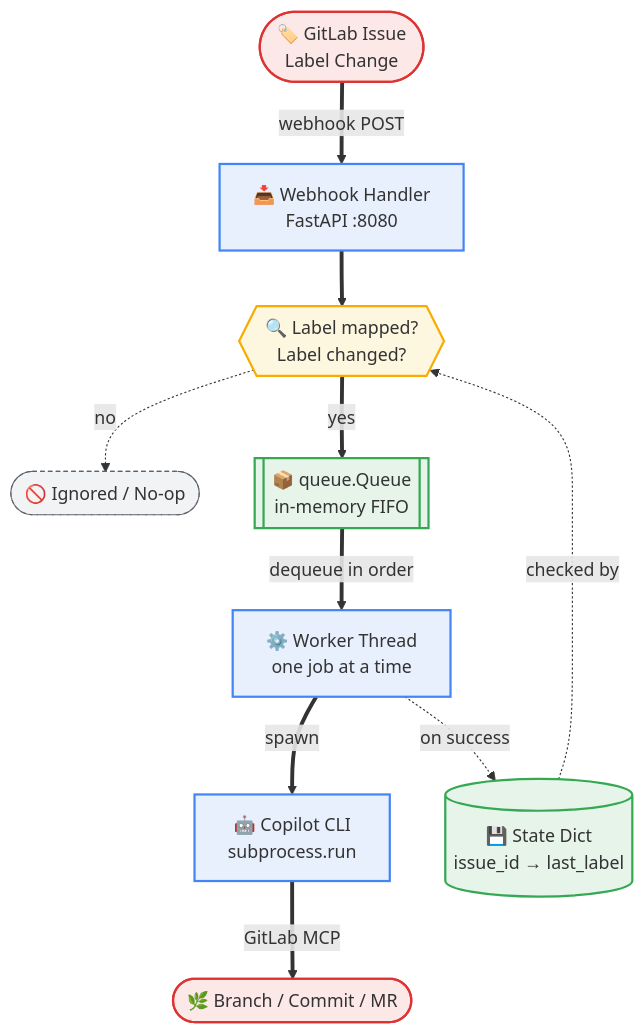
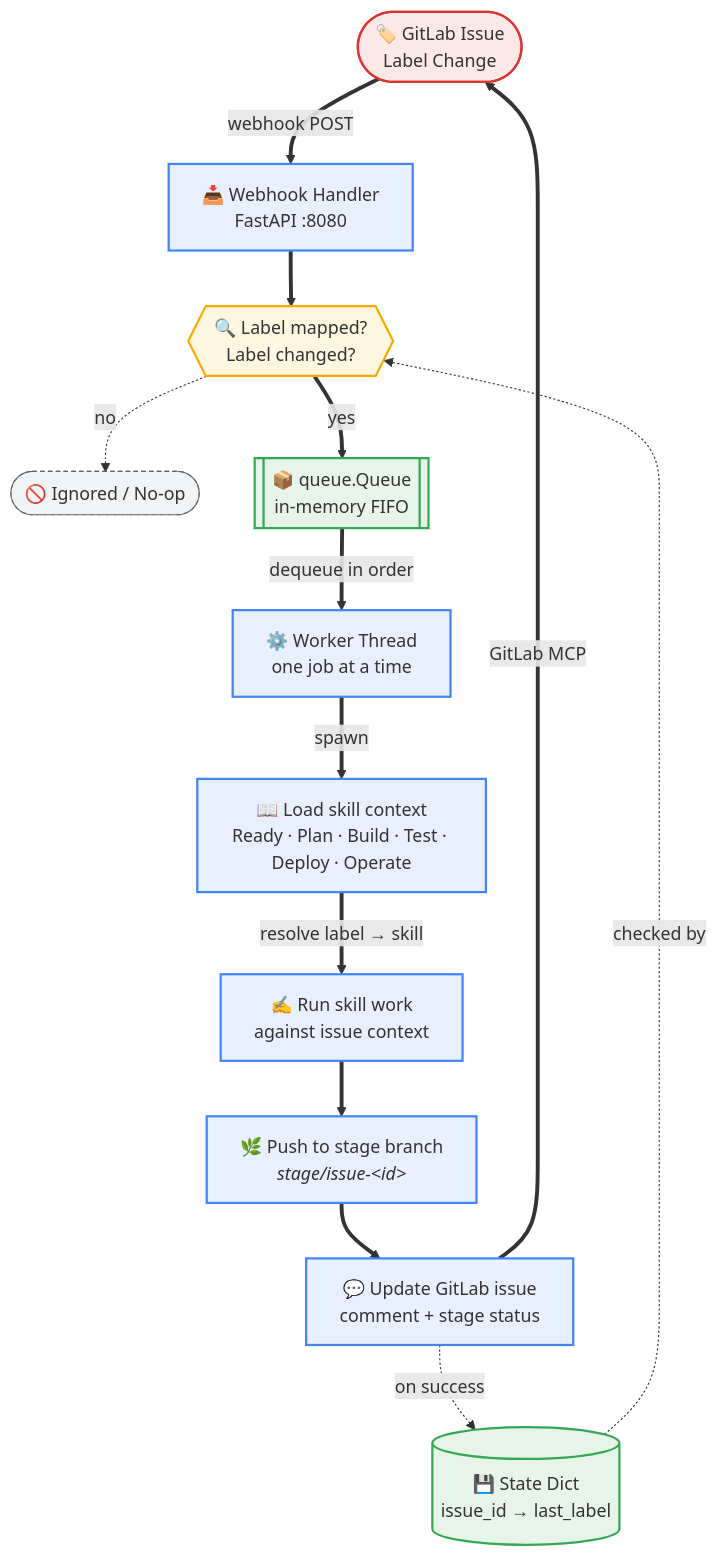
One commit to amitsingh7668/mcpserver changed the diagram in sdlc_flow.md. Above: the diagram before and after it, drawn with Mermaid. The commit also changed other lines of this file, not shown here.

````diff
--- a/sdlc_flow.md
+++ b/sdlc_flow.md
@@ -3,34 +3,39 @@
 ```mermaid
 flowchart TB
     GL(["🏷️ GitLab Issue<br/>Label Change"])
     WH["📥 Webhook Handler<br/>FastAPI :8080"]
     RULE{{"🔍 Label mapped?<br/>Label changed?"}}
     DROP(["🚫 Ignored / No-op"])
     Q[["📦 queue.Queue<br/>in-memory FIFO"]]
     W["⚙️ Worker Thread<br/>one job at a time"]
-    CLI["🤖 Copilot CLI<br/>subprocess.run"]
-    GLR(["🌿 Branch / Commit / MR"])
+    LOAD["📖 Load skill context<br/>Ready · Plan · Build · Test · Deploy · Operate"]
+    WORK["✍️ Run skill work<br/>against issue context"]
+    PUSH["🌿 Push to stage branch<br/><i>stage/issue-&lt;id&gt;</i>"]
+    UPD["💬 Update GitLab issue<br/>comment + stage status"]
     STATE[("💾 State Dict<br/>issue_id → last_label")]
  
     GL ==>|"webhook POST"| WH
     WH ==> RULE
     RULE -.->|"no"| DROP
     RULE ==>|"yes"| Q
     Q ==>|"dequeue in order"| W
-    W ==>|"spawn"| CLI
-    CLI ==>|"GitLab MCP"| GLR
-    W -.->|"on success"| STATE
+    W ==>|"spawn"| LOAD
+    LOAD ==>|"resolve label → skill"| WORK
+    WORK ==> PUSH
+    PUSH ==> UPD
+    UPD ==>|"GitLab MCP"| GL
+    UPD -.->|"on success"| STATE
     STATE -.->|"checked by"| RULE
  
     classDef trigger fill:#fce8e6,stroke:#d33,stroke-width:2px
     classDef process fill:#e8f0fe,stroke:#4285f4,stroke-width:2px
     classDef decision fill:#fef7e0,stroke:#f9ab00,stroke-width:2px
     classDef store fill:#e6f4ea,stroke:#34a853,stroke-width:2px
     classDef terminal fill:#f1f3f4,stroke:#5f6368,stroke-width:1px,stroke-dasharray: 4 3
  
-    class GL,GLR trigger
-    class WH,W,CLI process
+    class GL trigger
+    class WH,W,LOAD,WORK,PUSH,UPD process
     class RULE decision
     class Q,STATE store
     class DROP terminal
 ```
````
